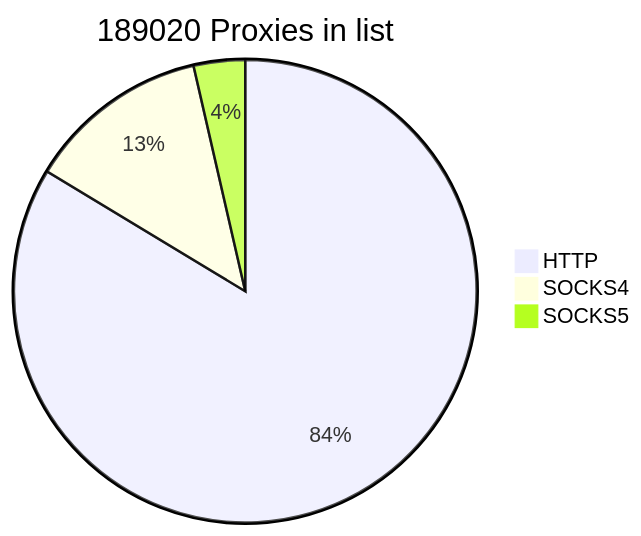
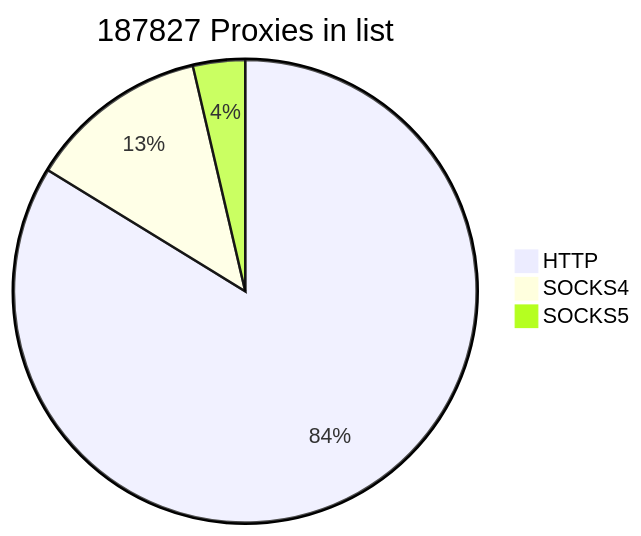
The first of 2 diagrams in README.md (cutipu/proxylist), drawn with Mermaid before and after one commit. The commit also changed other lines of this file, not shown here.

````diff
--- a/README.md
+++ b/README.md
@@ -2,7 +2,7 @@
 ```mermaid
-pie title 189020 Proxies in list
-    "HTTP" : 158119
-    "SOCKS4" : 24115
-    "SOCKS5" : 6786
+pie title 187827 Proxies in list
+    "HTTP" : 157329
+    "SOCKS4" : 23662
+    "SOCKS5" : 6836
             
 ```
````
